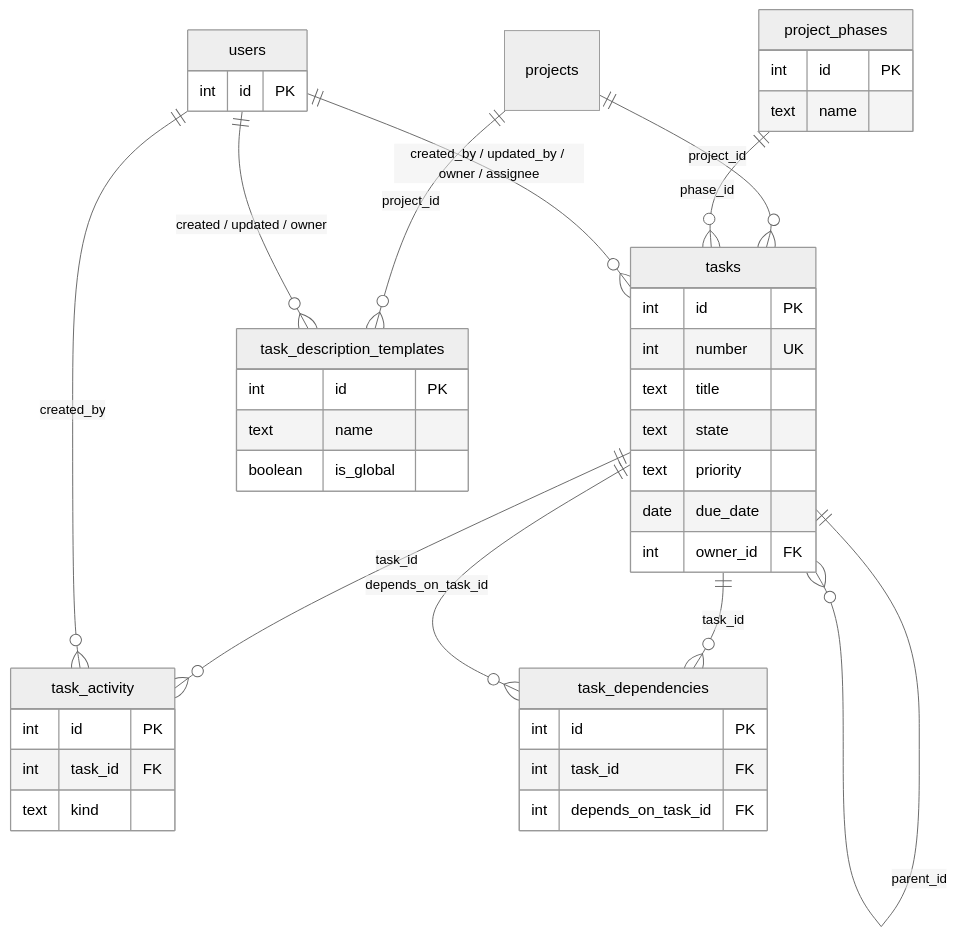
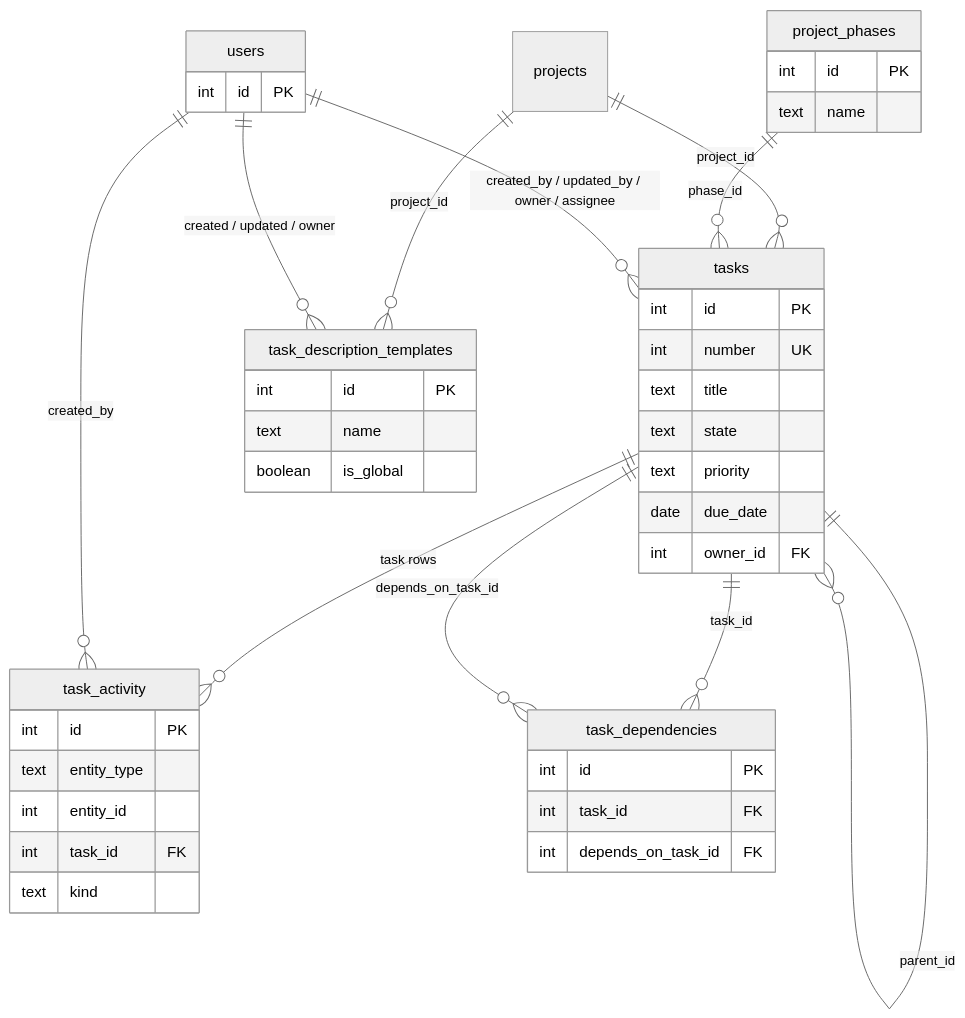
The diagram in docs/database/tasks.md (blackrook-io/taskmesh), drawn with Mermaid (neutral theme) before and after one commit. The commit also changed other lines of this file and 26 other files, not shown here.

````diff
--- a/docs/database/tasks.md
+++ b/docs/database/tasks.md
@@ -9,45 +9,47 @@
 ```mermaid
 erDiagram
   projects ||--o{ tasks : "project_id"
   project_phases ||--o{ tasks : "phase_id"
   tasks ||--o{ tasks : "parent_id"
   users ||--o{ tasks : "created_by / updated_by / owner / assignee"
-  tasks ||--o{ task_activity : "task_id"
+  tasks ||--o{ task_activity : "task rows"
   tasks ||--o{ task_dependencies : "task_id"
   tasks ||--o{ task_dependencies : "depends_on_task_id"
   projects ||--o{ task_description_templates : "project_id"
   users ||--o{ task_description_templates : "created / updated / owner"
   users ||--o{ task_activity : "created_by"
 
   project_phases {
     int id PK
     text name
   }
   tasks {
     int id PK
     int number UK
     text title
     text state
     text priority
     date due_date
     int owner_id FK
   }
   task_activity {
     int id PK
+    text entity_type
+    int entity_id
     int task_id FK
     text kind
   }
   task_dependencies {
     int id PK
     int task_id FK
     int depends_on_task_id FK
   }
   task_description_templates {
     int id PK
     text name
     boolean is_global
   }
   users {
     int id PK
   }
 ```
````
